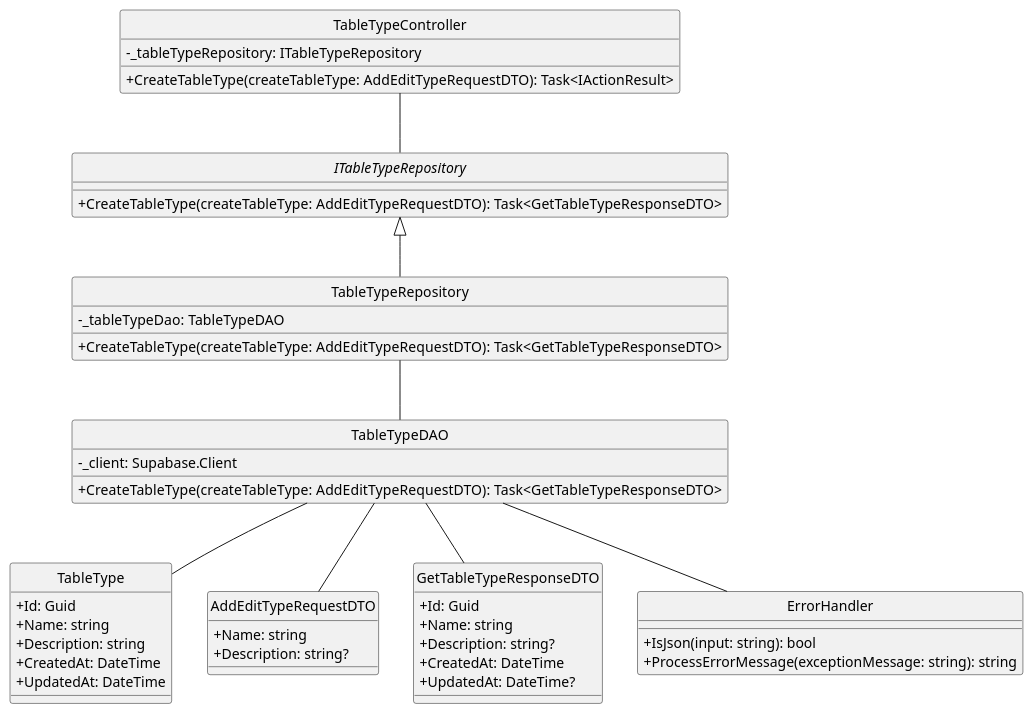
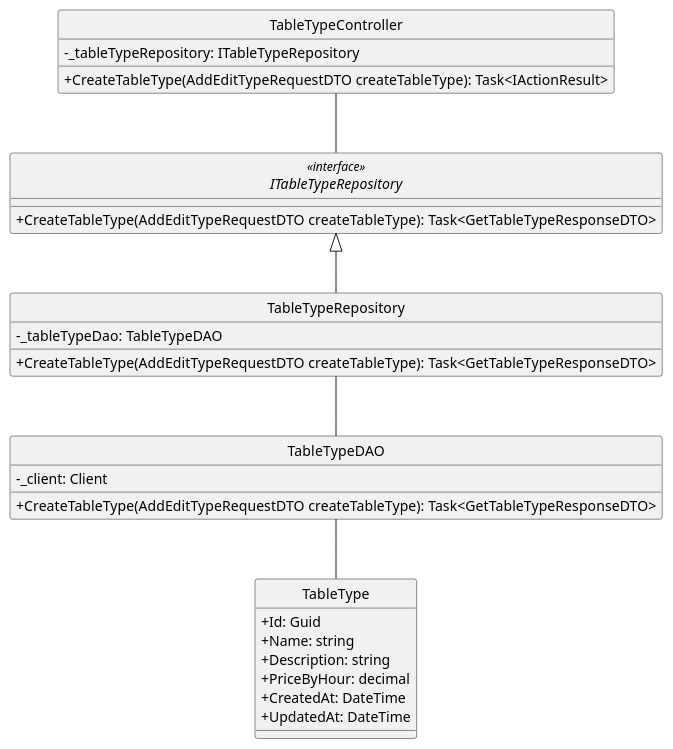
The diagram in docs/ClassDiagram/TableType/Create.plantuml (minhnhut23/FPT-OBOMS), drawn with PlantUML before and after one commit. The commit also changed 50 other files, not shown here.

Commit message:
Update class diagram of table, type. bill. billdetail

```diff
--- a/docs/ClassDiagram/TableType/Create.plantuml
+++ b/docs/ClassDiagram/TableType/Create.plantuml
@@ -1,58 +1,39 @@
 @startuml
 hide circle
 skinparam classAttributeIconSize 0
+skinparam linetype ortho
+
 
 class TableTypeController {
     - _tableTypeRepository: ITableTypeRepository
-    + CreateTableType(createTableType: AddEditTypeRequestDTO): Task<IActionResult>
+    + CreateTableType(AddEditTypeRequestDTO createTableType): Task<IActionResult>
 }
 
-interface ITableTypeRepository {
-    + CreateTableType(createTableType: AddEditTypeRequestDTO): Task<GetTableTypeResponseDTO>
+interface ITableTypeRepository<<interface>> {
+    + CreateTableType(AddEditTypeRequestDTO createTableType): Task<GetTableTypeResponseDTO>
 }
 
 class TableTypeRepository {
     - _tableTypeDao: TableTypeDAO
-    + CreateTableType(createTableType: AddEditTypeRequestDTO): Task<GetTableTypeResponseDTO>
+    + CreateTableType(AddEditTypeRequestDTO createTableType): Task<GetTableTypeResponseDTO>
 }
 
 class TableTypeDAO {
-    - _client: Supabase.Client
-    + CreateTableType(createTableType: AddEditTypeRequestDTO): Task<GetTableTypeResponseDTO>
+    - _client: Client
+    + CreateTableType(AddEditTypeRequestDTO createTableType): Task<GetTableTypeResponseDTO>
 }
-
 class TableType {
     + Id: Guid
     + Name: string
     + Description: string
+    + PriceByHour: decimal
     + CreatedAt: DateTime
     + UpdatedAt: DateTime
 }
 
-class AddEditTypeRequestDTO {
-    + Name: string
-    + Description: string?
-}
-
-class GetTableTypeResponseDTO {
-    + Id: Guid
-    + Name: string
-    + Description: string?
-    + CreatedAt: DateTime
-    + UpdatedAt: DateTime?
-}
-
-class ErrorHandler {
-    + IsJson(input: string): bool
-    + ProcessErrorMessage(exceptionMessage: string): string
-}
 
 TableTypeController -- ITableTypeRepository
 ITableTypeRepository <|-- TableTypeRepository
 TableTypeRepository -- TableTypeDAO
-
 TableTypeDAO -- TableType
-TableTypeDAO -- ErrorHandler
-TableTypeDAO -- GetTableTypeResponseDTO
-TableTypeDAO -- AddEditTypeRequestDTO
 @enduml
```
